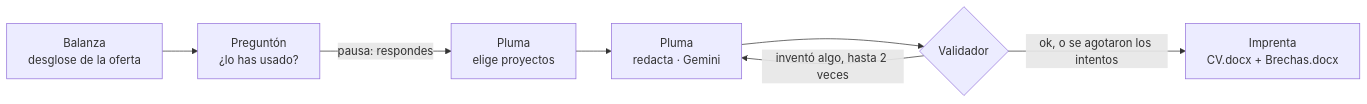
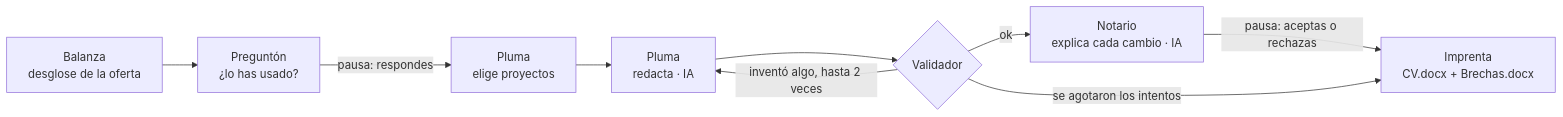
One commit to JLCCAST/Job-Intelligence changed the second of 2 diagrams in README.md. Above: the diagram before and after it, drawn with Mermaid. The commit also changed other lines of this file and 35 other files, not shown here.

````diff
--- a/README.md
+++ b/README.md
@@ -45,9 +45,11 @@
 ```mermaid
 flowchart LR
     B[Balanza<br/>desglose de la oferta] --> P[Preguntón<br/>¿lo has usado?]
     P -- pausa: respondes --> PS[Pluma<br/>elige proyectos]
-    PS --> PR[Pluma<br/>redacta · Gemini]
+    PS --> PR[Pluma<br/>redacta · IA]
     PR --> V{Validador}
     V -- inventó algo, hasta 2 veces --> PR
-    V -- ok, o se agotaron los intentos --> I[Imprenta<br/>CV.docx + Brechas.docx]
+    V -- ok --> N[Notario<br/>explica cada cambio · IA]
+    N -- pausa: aceptas o rechazas --> I[Imprenta<br/>CV.docx + Brechas.docx]
+    V -- se agotaron los intentos --> I
 ```
````
